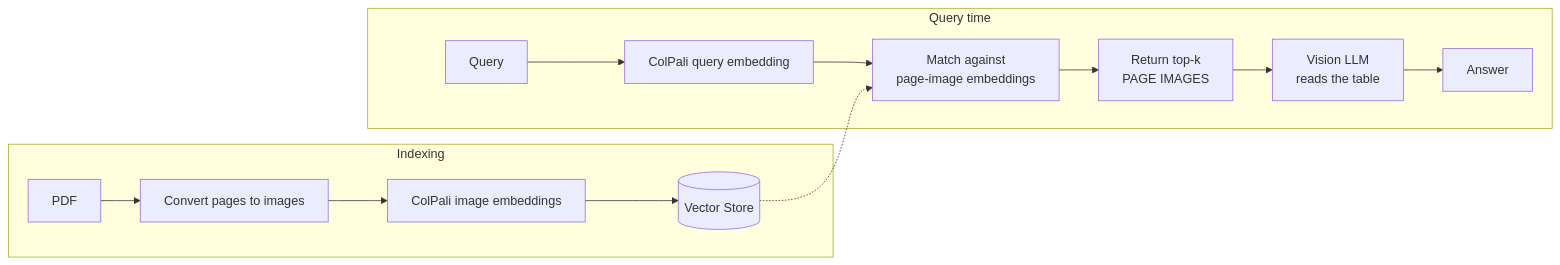
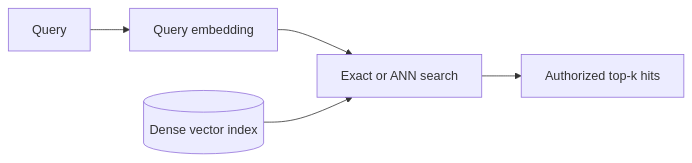
Diagram 17 of 45 in 05.RAG/RAG.md (MakCoder-2004/AI-Engineering-Sheet), drawn with Mermaid before and after one commit. The commit also changed other lines of this file and 60 other files, not shown here.

````diff
--- a/05.RAG/RAG.md
+++ b/05.RAG/RAG.md
@@ -914,11 +974,7 @@
 ```mermaid
 flowchart LR
-    subgraph Query["Query time"]
-        Q[Query] --> QE["ColPali query embedding"] --> SIM["Match against<br/>page-image embeddings"] --> IMG["Return top-k<br/>PAGE IMAGES"]
-        IMG --> VLM["Vision LLM<br/>reads the table"] --> AN[Answer]
-    end
-    subgraph Index["Indexing"]
-        PDF[PDF] --> P2I[Convert pages to images] --> CE[ColPali image embeddings] --> VS[(Vector Store)]
-    end
-    VS -.-> SIM
+    Q[Query] --> E[Query embedding]
+    E --> S[Exact or ANN search]
+    V[(Dense vector index)] --> S
+    S --> F[Authorized top-k hits]
 ```
````
